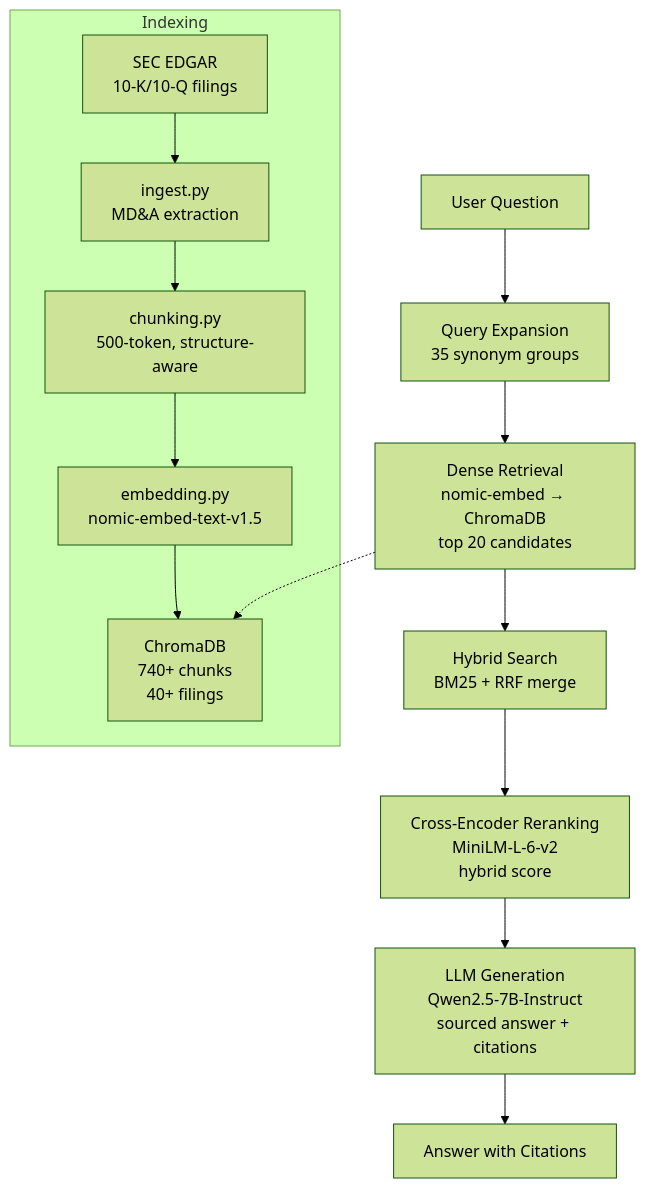
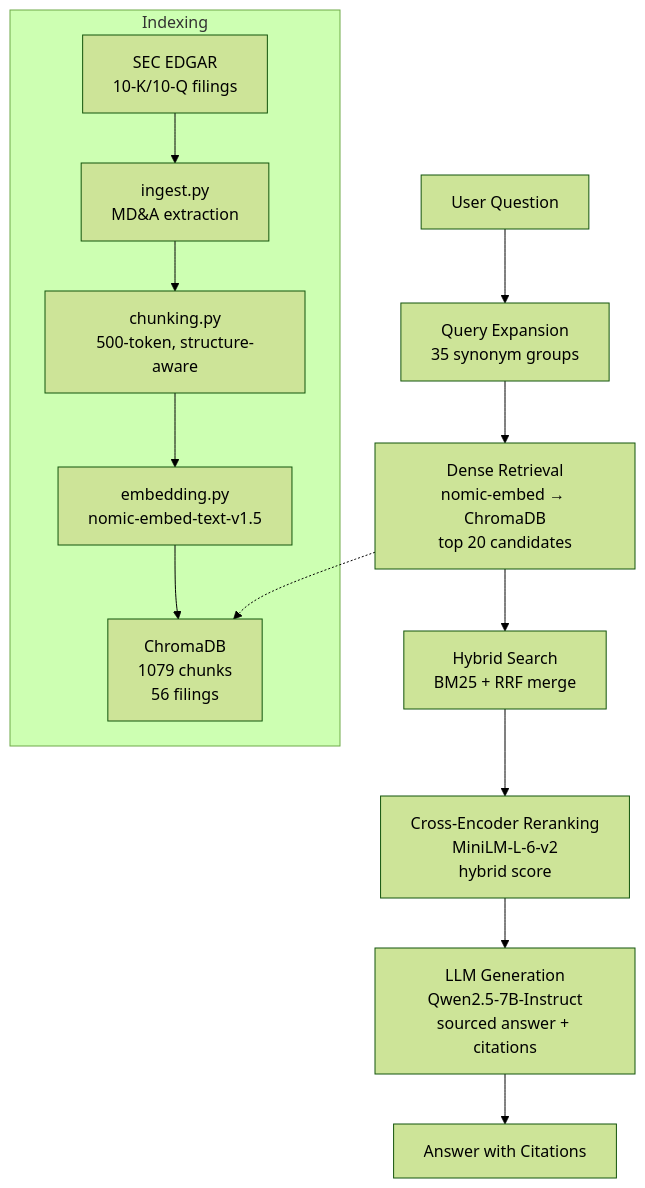
The diagram in readme.md (redsandr/rag-variance-explainer), drawn with Mermaid (forest theme) before and after one commit. The commit also changed other lines of this file and 9 other files, not shown here.

First line of the commit message:
feat: dataset completion — 1079 chunks, 56 filings, 7 companies, 4 sectors

````diff
--- a/readme.md
+++ b/readme.md
@@ -42,18 +42,18 @@
 ```mermaid
 flowchart TD
     Q["User Question"] --> QE["Query Expansion\n35 synonym groups"]
     QE --> DENSE["Dense Retrieval\nnomic-embed → ChromaDB\ntop 20 candidates"]
     DENSE --> BM25["Hybrid Search\nBM25 + RRF merge"]
     BM25 --> CE["Cross-Encoder Reranking\nMiniLM-L-6-v2\nhybrid score"]
     CE --> LLM["LLM Generation\nQwen2.5-7B-Instruct\nsourced answer + citations"]
     LLM --> OUT["Answer with Citations"]
 
     subgraph Indexing
         SEC["SEC EDGAR\n10-K/10-Q filings"] --> FETCH["ingest.py\nMD&A extraction"]
         FETCH --> CHUNK["chunking.py\n500-token, structure-aware"]
         CHUNK --> EMBED["embedding.py\nnomic-embed-text-v1.5"]
-        EMBED --> DB["ChromaDB\n740+ chunks\n40+ filings"]
+        EMBED --> DB["ChromaDB\n1079 chunks\n56 filings"]
     end
 
     DENSE -.-> DB
 ```
````
